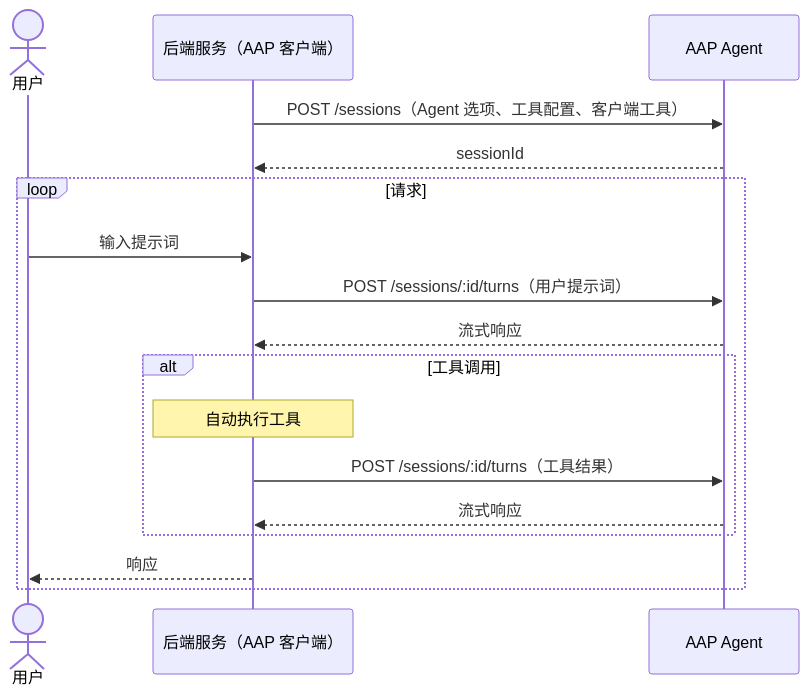
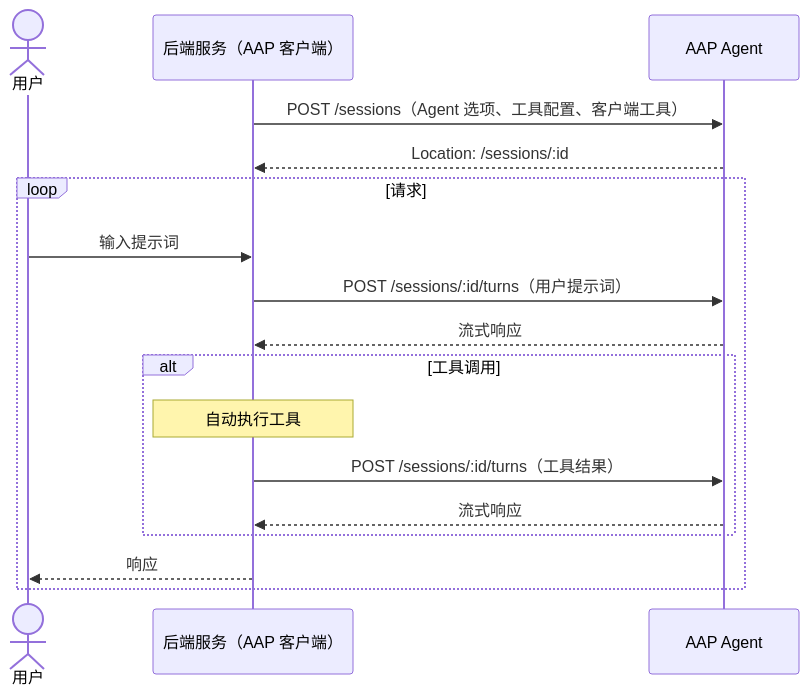
One commit to agentapplicationprotocol/agent-application-protocol changed the diagram in docs/zh/agent-as-a-microservice.md. Above: the diagram before and after it, drawn with Mermaid. The commit also changed 15 other files, not shown here.

````diff
--- a/docs/zh/agent-as-a-microservice.md
+++ b/docs/zh/agent-as-a-microservice.md
@@ -42,20 +42,20 @@
 ```mermaid
 sequenceDiagram
     actor User as 用户
     participant Service as 后端服务（AAP 客户端）
     participant Agent as AAP Agent
 
     Service->>Agent: POST /sessions（Agent 选项、工具配置、客户端工具）
-    Agent-->>Service: sessionId
+    Agent-->>Service: Location: /sessions/:id
     loop 请求
         User->>Service: 输入提示词
         Service->>Agent: POST /sessions/:id/turns（用户提示词）
         Agent-->>Service: 流式响应
         alt 工具调用
             Note over Service: 自动执行工具
             Service->>Agent: POST /sessions/:id/turns（工具结果）
             Agent-->>Service: 流式响应
         end
         Service-->>User: 响应
     end
 ```
````
